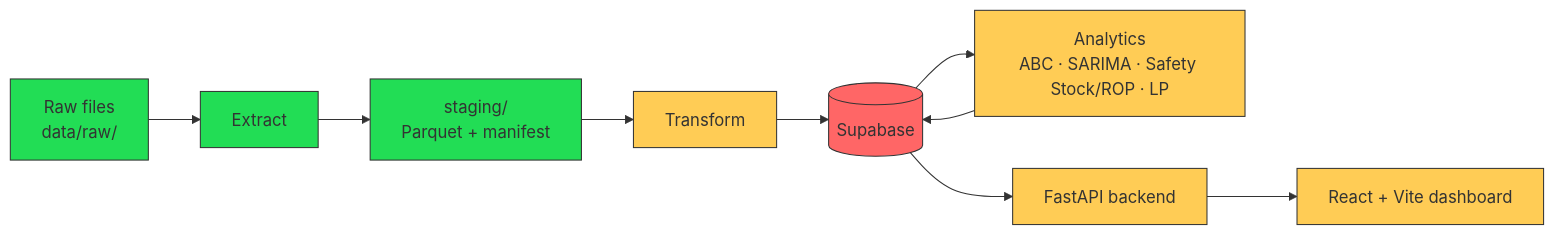
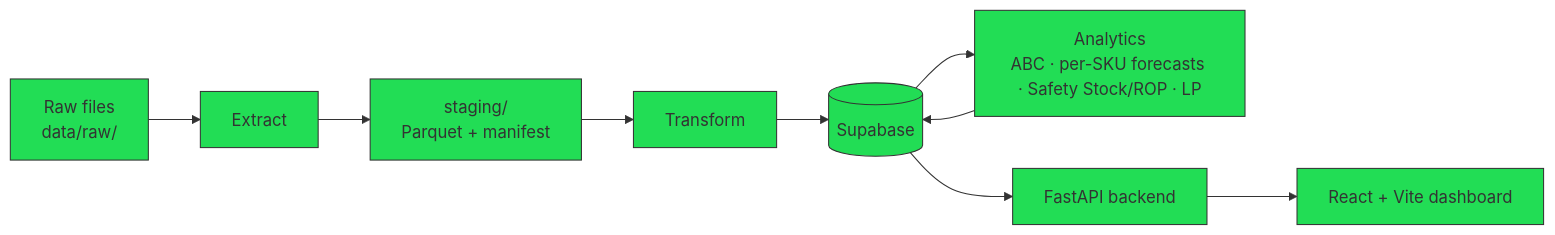
One commit to tamagaur/4ISA-CAPS2-GROUP-7 changed the diagram in README.md. Above: the diagram before and after it, drawn with Mermaid. The commit also changed other lines of this file and 56 other files, not shown here.

````diff
--- a/README.md
+++ b/README.md
@@ -33,20 +33,20 @@
 ```mermaid
 flowchart LR
     A[Raw files<br/>data/raw/] --> B[Extract]
     B --> C[staging/<br/>Parquet + manifest]
     C --> D[Transform]
     D --> E[(Supabase)]
-    E --> F[Analytics<br/>ABC · SARIMA · Safety Stock/ROP · LP]
+    E --> F[Analytics<br/>ABC · per-SKU forecasts · Safety Stock/ROP · LP]
     F --> E
     E --> G[FastAPI backend]
     G --> H[React + Vite dashboard]
 
     style A fill:#2d5,stroke:#333
     style B fill:#2d5,stroke:#333
     style C fill:#2d5,stroke:#333
-    style D fill:#fc5,stroke:#333
-    style E fill:#f66,stroke:#333
-    style F fill:#fc5,stroke:#333
-    style G fill:#fc5,stroke:#333
-    style H fill:#fc5,stroke:#333
+    style D fill:#2d5,stroke:#333
+    style E fill:#2d5,stroke:#333
+    style F fill:#2d5,stroke:#333
+    style G fill:#2d5,stroke:#333
+    style H fill:#2d5,stroke:#333
 ```
````
